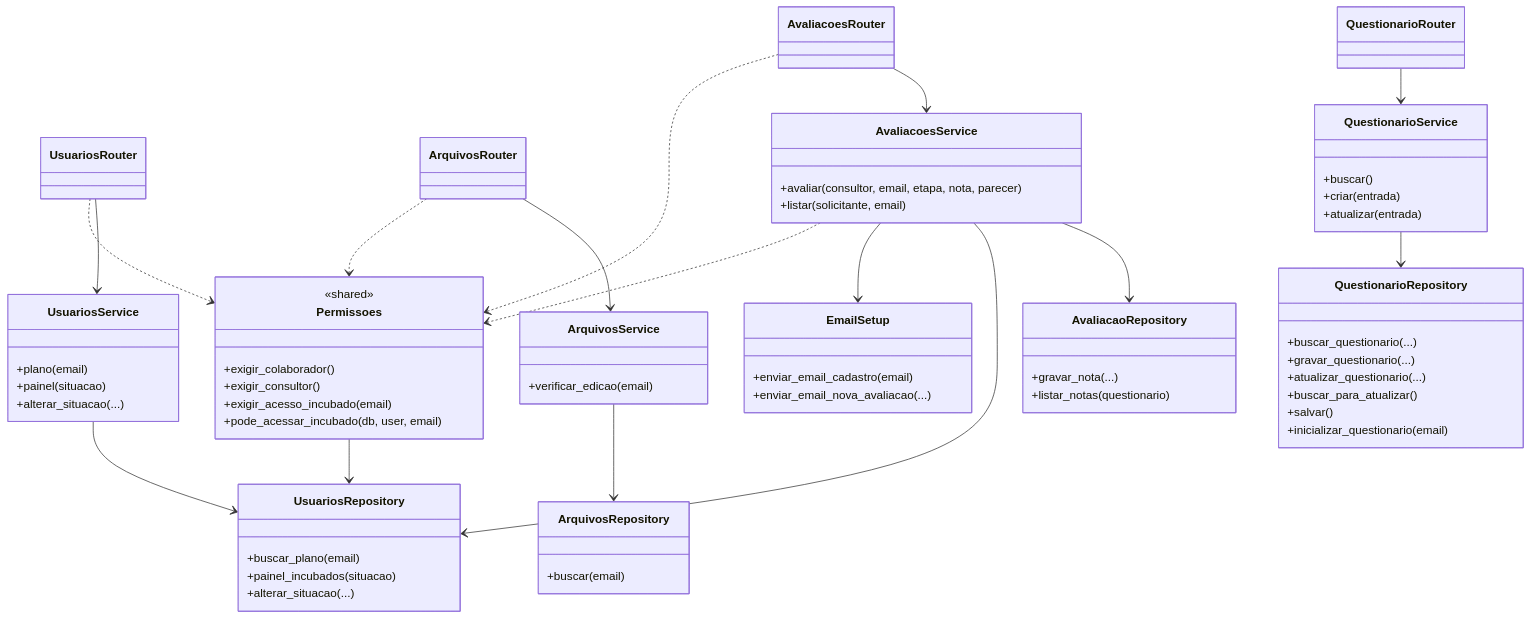
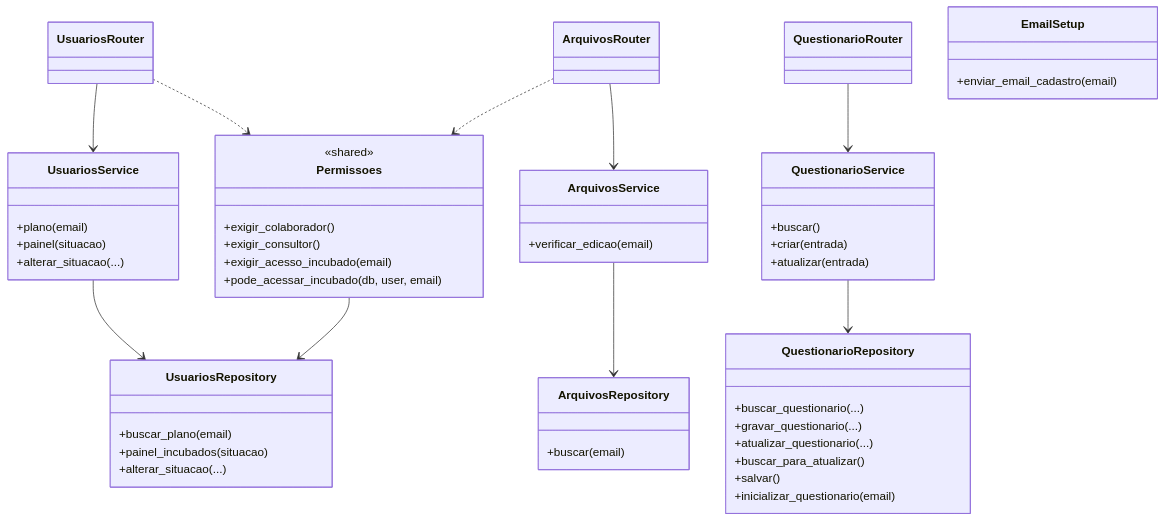
The second of 2 diagrams in docs/diagrama-de-classes.md (ScrimForever/incubatorium), drawn with Mermaid before and after one commit. The commit also changed other lines of this file and 37 other files, not shown here.

````diff
--- a/docs/diagrama-de-classes.md
+++ b/docs/diagrama-de-classes.md
@@ -65,76 +65,60 @@
 ```mermaid
 classDiagram
     direction TB
 
     class UsuariosRouter
-    class AvaliacoesRouter
     class ArquivosRouter
     class QuestionarioRouter
 
-    class AvaliacoesService {
-        +avaliar(consultor, email, etapa, nota, parecer)
-        +listar(solicitante, email)
-    }
     class UsuariosService {
         +plano(email)
         +painel(situacao)
         +alterar_situacao(...)
     }
     class QuestionarioService {
         +buscar()
         +criar(entrada)
         +atualizar(entrada)
     }
     class ArquivosService {
         +verificar_edicao(email)
     }
     class EmailSetup {
         +enviar_email_cadastro(email)
-        +enviar_email_nova_avaliacao(...)
     }
 
-    class AvaliacaoRepository {
-        +gravar_nota(...)
-        +listar_notas(questionario)
-    }
     class UsuariosRepository {
         +buscar_plano(email)
         +painel_incubados(situacao)
         +alterar_situacao(...)
     }
     class ArquivosRepository {
         +buscar(email)
     }
     class QuestionarioRepository {
         +buscar_questionario(...)
         +gravar_questionario(...)
         +atualizar_questionario(...)
         +buscar_para_atualizar()
         +salvar()
         +inicializar_questionario(email)
     }
 
     class Permissoes {
         <<shared>>
         +exigir_colaborador()
         +exigir_consultor()
         +exigir_acesso_incubado(email)
         +pode_acessar_incubado(db, user, email)
     }
     UsuariosRouter --> UsuariosService
-    AvaliacoesRouter --> AvaliacoesService
     ArquivosRouter --> ArquivosService
     QuestionarioRouter --> QuestionarioService
     QuestionarioService --> QuestionarioRepository
     UsuariosRouter ..> Permissoes
-    AvaliacoesRouter ..> Permissoes
     ArquivosRouter ..> Permissoes
 
-    AvaliacoesService --> AvaliacaoRepository
-    AvaliacoesService --> UsuariosRepository
-    AvaliacoesService --> EmailSetup
-    AvaliacoesService ..> Permissoes
     UsuariosService --> UsuariosRepository
     ArquivosService --> ArquivosRepository
     Permissoes --> UsuariosRepository
 ```
````
